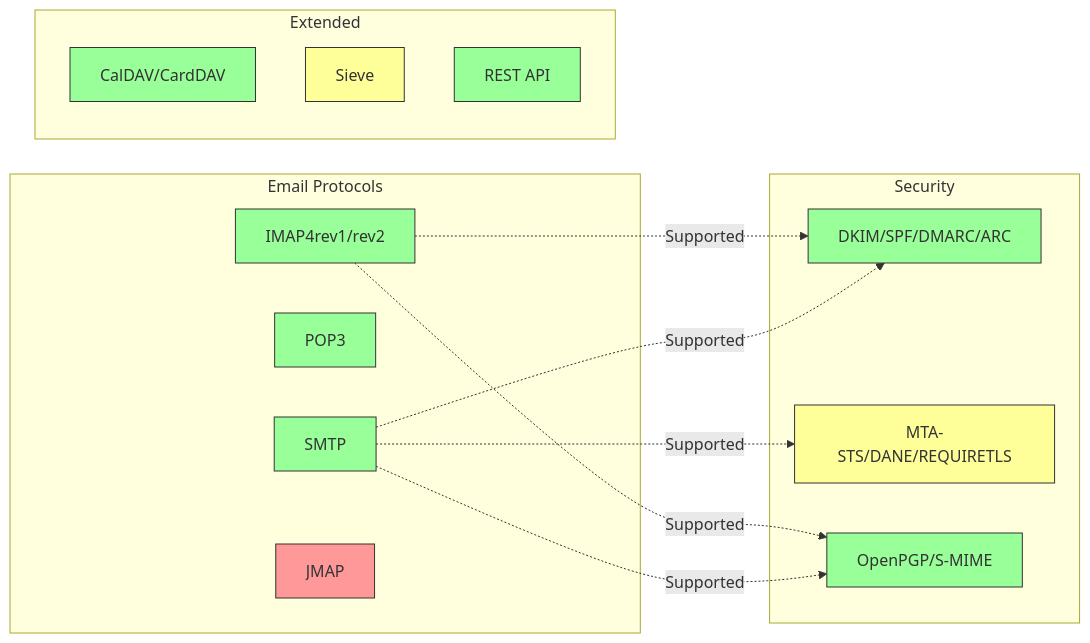
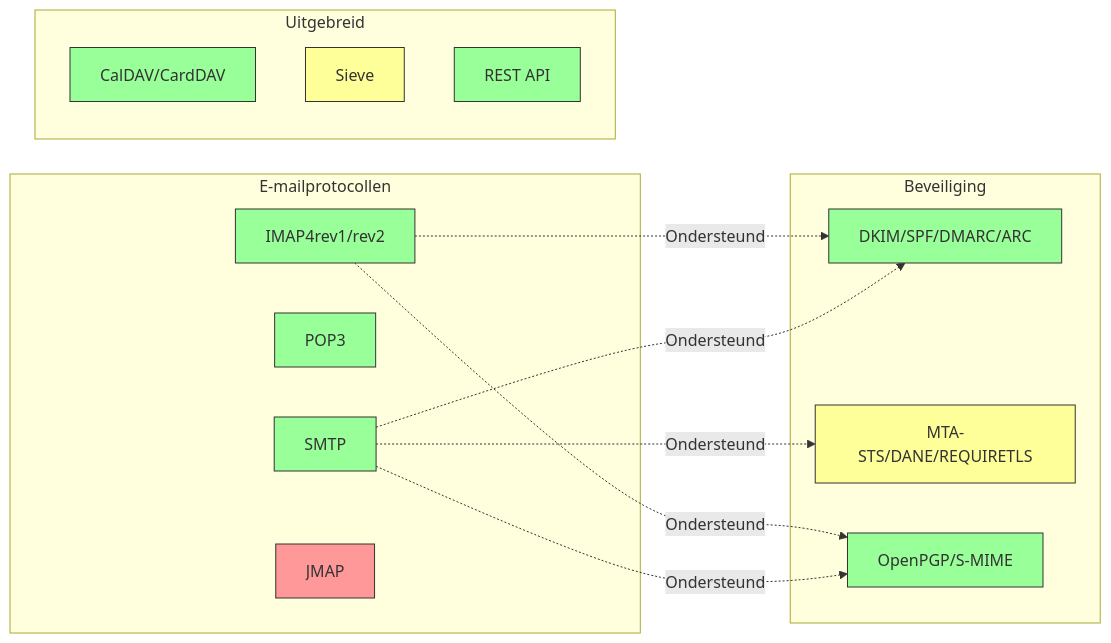
The second of 16 diagrams in app/views/docs/email-protocols-rfc-compliance-imap-smtp-pop3-comparison/index-nl.md (forwardemail/forwardemail.net), drawn with Mermaid before and after one commit. The commit also changed other lines of this file and 1055 other files, not shown here.

````diff
--- a/app/views/docs/email-protocols-rfc-compliance-imap-smtp-pop3-comparison/index-nl.md
+++ b/app/views/docs/email-protocols-rfc-compliance-imap-smtp-pop3-comparison/index-nl.md
@@ -185,38 +185,38 @@
 ```mermaid
 graph LR
-    subgraph "Email Protocols"
+    subgraph "E-mailprotocollen"
         IMAP[IMAP4rev1/rev2]
         POP3[POP3]
         SMTP[SMTP]
         JMAP[JMAP]
     end
 
-    subgraph "Security"
+    subgraph "Beveiliging"
         AUTH[DKIM/SPF/DMARC/ARC]
         TLS[MTA-STS/DANE/REQUIRETLS]
         ENC[OpenPGP/S-MIME]
     end
 
-    subgraph "Extended"
+    subgraph "Uitgebreid"
         CAL[CalDAV/CardDAV]
         FILTER[Sieve]
         API[REST API]
     end
 
-    IMAP -.->|Supported| AUTH
-    SMTP -.->|Supported| AUTH
-    SMTP -.->|Supported| TLS
-    IMAP -.->|Supported| ENC
-    SMTP -.->|Supported| ENC
+    IMAP -.->|Ondersteund| AUTH
+    SMTP -.->|Ondersteund| AUTH
+    SMTP -.->|Ondersteund| TLS
+    IMAP -.->|Ondersteund| ENC
+    SMTP -.->|Ondersteund| ENC
 
     style IMAP fill:#9f9,stroke:#333
     style POP3 fill:#9f9,stroke:#333
     style SMTP fill:#9f9,stroke:#333
     style JMAP fill:#f99,stroke:#333
     style AUTH fill:#9f9,stroke:#333
     style TLS fill:#ff9,stroke:#333
     style ENC fill:#9f9,stroke:#333
     style CAL fill:#9f9,stroke:#333
     style FILTER fill:#ff9,stroke:#333
     style API fill:#9f9,stroke:#333
 ```
````
